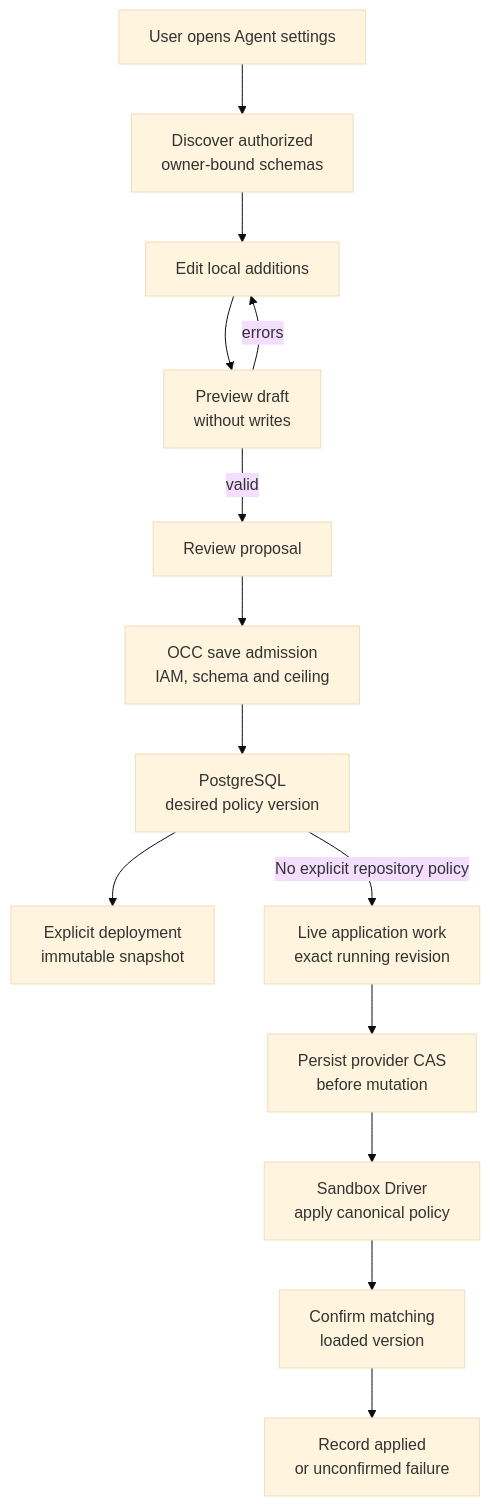
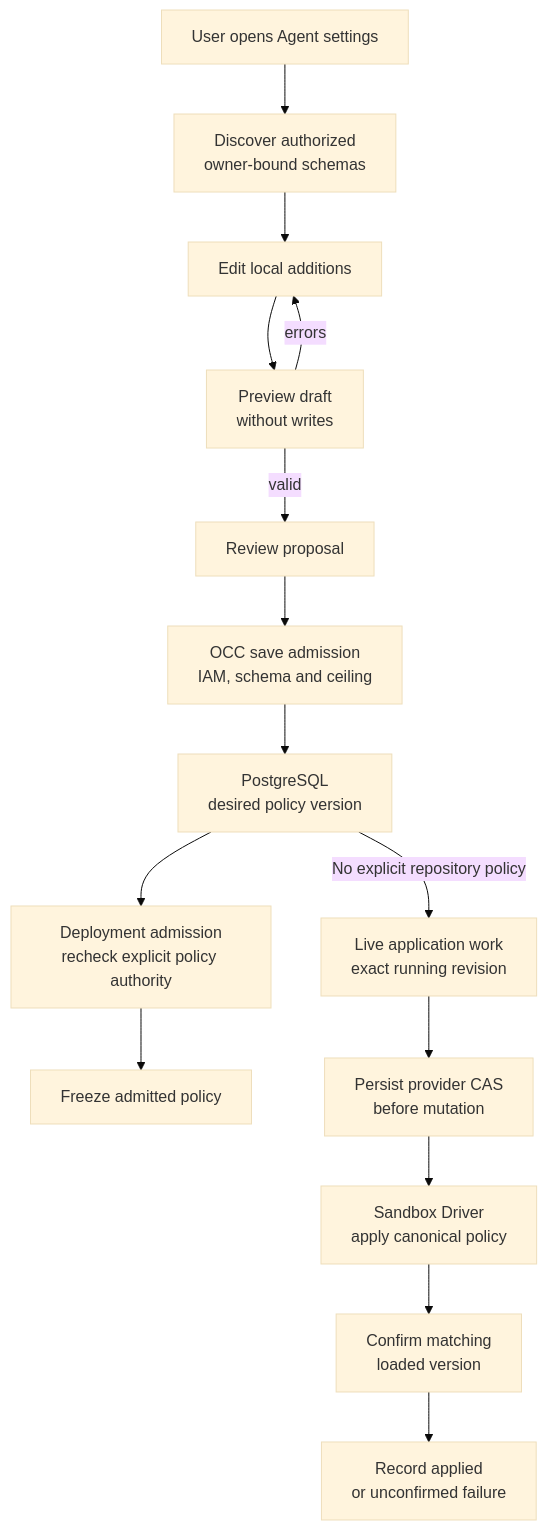
Before and after one commit to openclaw/openclaw-enterprise: the diagram in docs/flows/agent-sandbox-policy.md, drawn with Mermaid (base theme). The commit also changed other lines of this file and 4 other files, not shown here.

Commit message:
Authorize saved repository policy before deployment effects

````diff
--- a/docs/flows/agent-sandbox-policy.md
+++ b/docs/flows/agent-sandbox-policy.md
@@ -25,16 +25,17 @@
 ```mermaid
 graph TD
   U["User opens Agent settings"] --> Cfg["Discover authorized<br/>owner-bound schemas"]
   Cfg --> Draft["Edit local additions"]
   Draft --> Preview["Preview draft<br/>without writes"]
   Preview -->|errors| Draft
   Preview -->|valid| U2["Review proposal"]
   U2 --> A["OCC save admission<br/>IAM, schema and ceiling"]
   A --> P["PostgreSQL<br/>desired policy version"]
-  P --> D["Explicit deployment<br/>immutable snapshot"]
+  P --> A1["Deployment admission<br/>recheck explicit policy authority"]
+  A1 --> D["Freeze admitted policy"]
   P -->|No explicit repository policy| W["Live application work<br/>exact running revision"]
   W --> C["Persist provider CAS<br/>before mutation"]
   C --> S["Sandbox Driver<br/>apply canonical policy"]
   S --> V["Confirm matching<br/>loaded version"]
   V --> R["Record applied<br/>or unconfirmed failure"]
 ```
````
